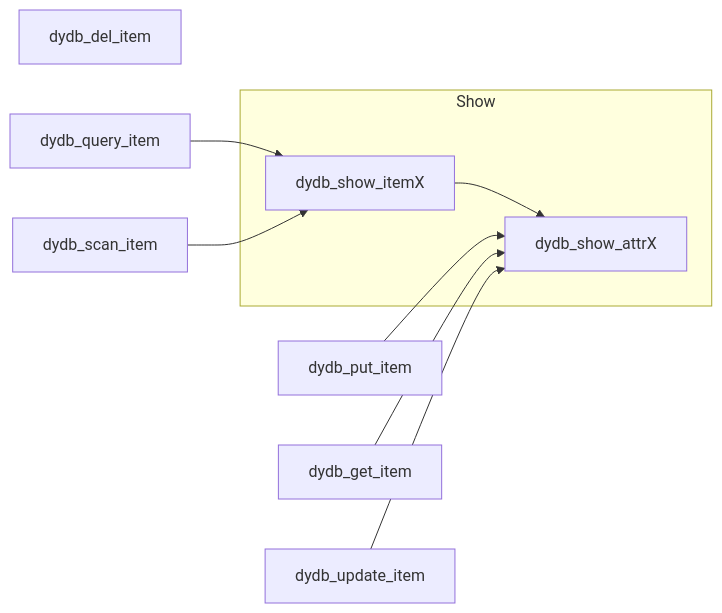
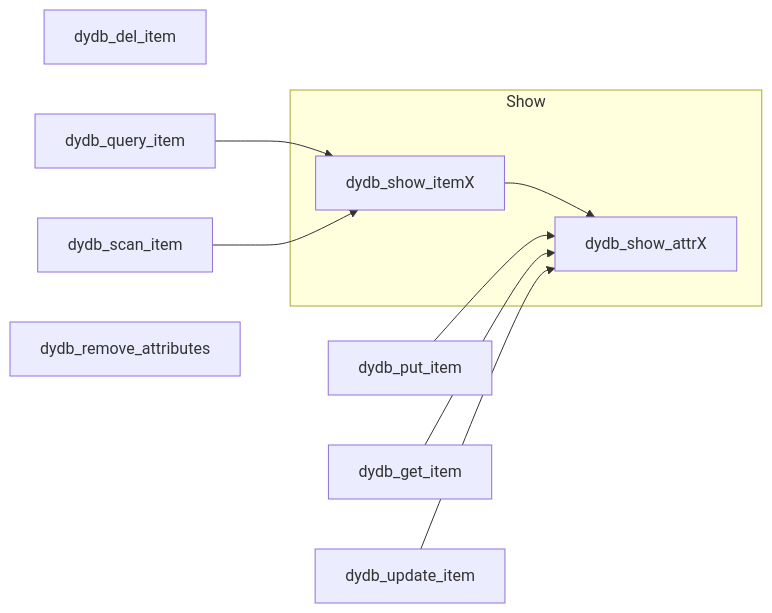
The diagram in README.md (lankahsu520/awsX9), drawn with Mermaid before and after one commit. The commit also changed other lines of this file and 3 other files, not shown here.

First line of the commit message:
add functions - 	int dydb_remove_attributes(DyDB_InfoX_t *dydb_ctx, char *attributes) 	void dydb_ctx_attrX_addN(DyDB_InfoX_t *dydb_ctx, char *key, int value)

````diff
--- a/README.md
+++ b/README.md
@@ -26,13 +6,15 @@
 ```mermaid
 flowchart LR
 	subgraph Show
 		dydb_show_attrX
 		dydb_show_itemX --> dydb_show_attrX
 	end
 	dydb_del_item
 	dydb_put_item --> dydb_show_attrX
 	dydb_get_item --> dydb_show_attrX
 	dydb_update_item --> dydb_show_attrX
 	dydb_query_item --> dydb_show_itemX
 	dydb_scan_item --> dydb_show_itemX
+	
+	dydb_remove_attributes
 ```
````
